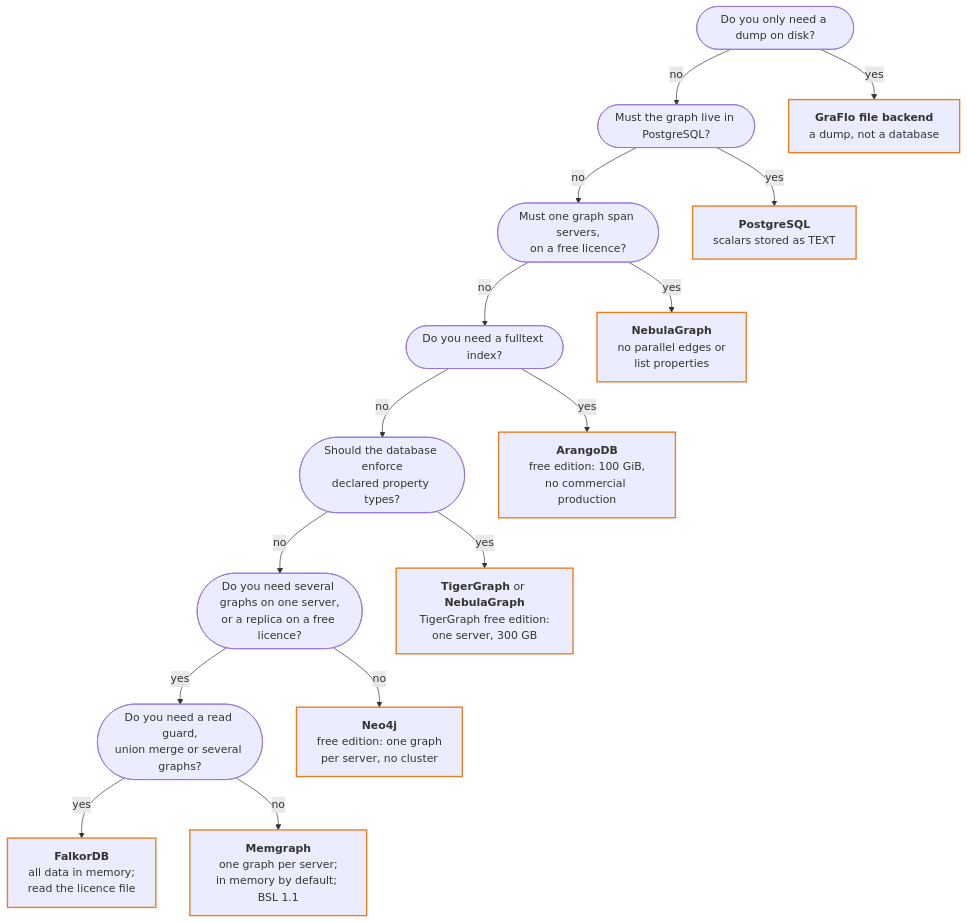
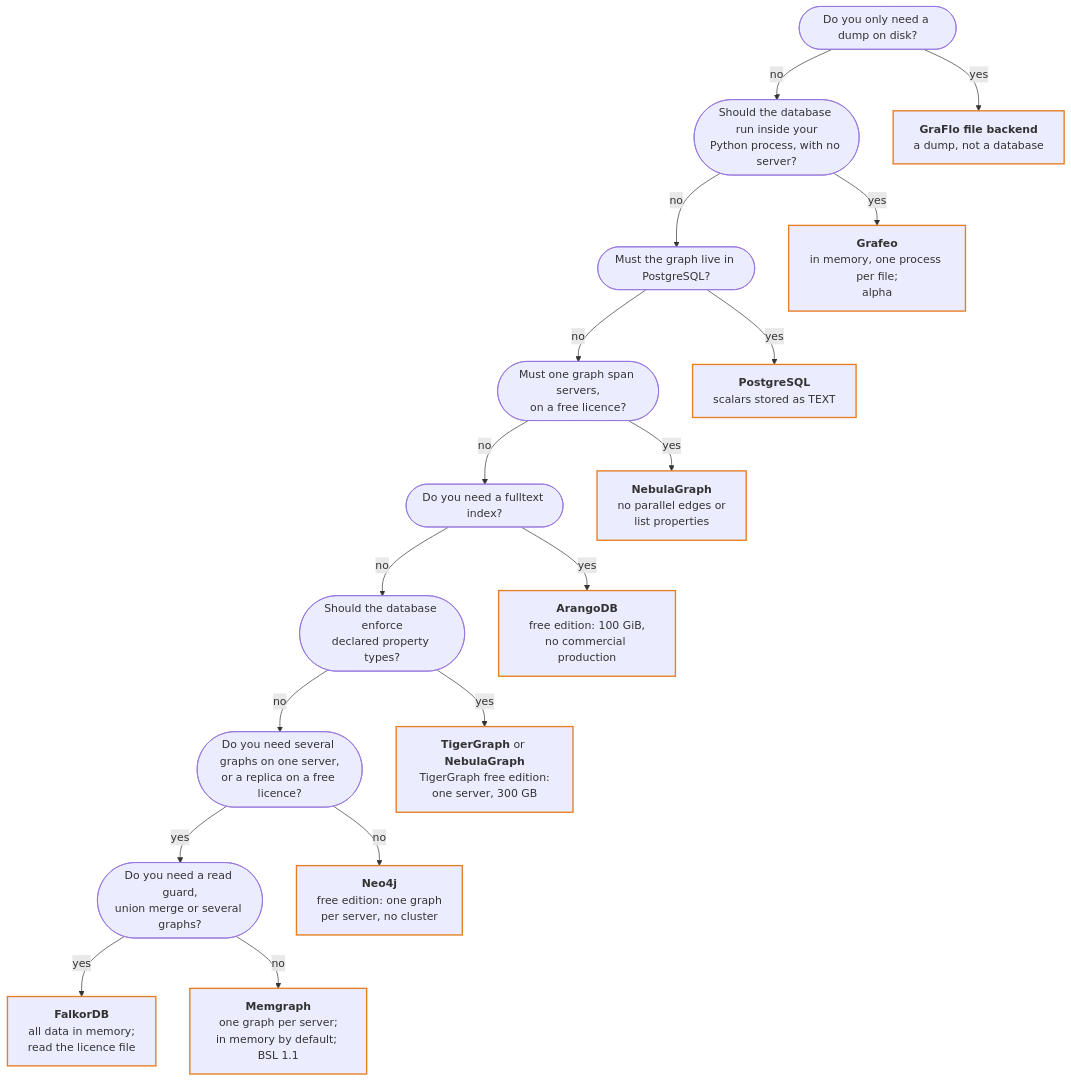
Before and after one commit to growgraph/graflo: the diagram in docs/concepts/backends.md, drawn with Mermaid. The commit also changed other lines of this file and 126 other files, not shown here.

````diff
--- a/docs/concepts/backends.md
+++ b/docs/concepts/backends.md
@@ -15,37 +15,41 @@
 ```mermaid
 flowchart TD
     DUMP(["Do you only need a dump on disk?"])
+    EMBEDDED(["Should the database run inside your<br/>Python process, with no server?"])
     POSTGRES(["Must the graph live in PostgreSQL?"])
     SPAN(["Must one graph span servers,<br/>on a free licence?"])
     FULLTEXT(["Do you need a fulltext index?"])
     TYPES(["Should the database enforce<br/>declared property types?"])
     FREE(["Do you need several graphs on one server,<br/>or a replica on a free licence?"])
     GUARD(["Do you need a read guard,<br/>union merge or several graphs?"])
 
     FILE_LEAF["<b>GraFlo file backend</b><br/>a dump, not a database"]
+    EMBEDDED_LEAF["<b>Grafeo</b><br/>in memory, one process per file;<br/>alpha"]
     POSTGRES_LEAF["<b>PostgreSQL</b><br/>scalars stored as TEXT"]
     SPAN_LEAF["<b>NebulaGraph</b><br/>no parallel edges or<br/>list properties"]
     FULLTEXT_LEAF["<b>ArangoDB</b><br/>free edition: 100 GiB,<br/>no commercial production"]
     TYPES_LEAF["<b>TigerGraph</b> or <b>NebulaGraph</b><br/>TigerGraph free edition:<br/>one server, 300 GB"]
     DEFAULT_LEAF["<b>Neo4j</b><br/>free edition: one graph<br/>per server, no cluster"]
     GUARD_LEAF["<b>FalkorDB</b><br/>all data in memory;<br/>read the licence file"]
     REPLICA_LEAF["<b>Memgraph</b><br/>one graph per server;<br/>in memory by default; BSL 1.1"]
 
     DUMP -- yes --> FILE_LEAF
-    DUMP -- no --> POSTGRES
+    DUMP -- no --> EMBEDDED
+    EMBEDDED -- yes --> EMBEDDED_LEAF
+    EMBEDDED -- no --> POSTGRES
     POSTGRES -- yes --> POSTGRES_LEAF
     POSTGRES -- no --> SPAN
     SPAN -- yes --> SPAN_LEAF
     SPAN -- no --> FULLTEXT
     FULLTEXT -- yes --> FULLTEXT_LEAF
     FULLTEXT -- no --> TYPES
     TYPES -- yes --> TYPES_LEAF
     TYPES -- no --> FREE
     FREE -- no --> DEFAULT_LEAF
     FREE -- yes --> GUARD
     GUARD -- yes --> GUARD_LEAF
     GUARD -- no --> REPLICA_LEAF
 
     classDef target stroke:#E67E22,stroke-width:2px
-    class FILE_LEAF,POSTGRES_LEAF,SPAN_LEAF,FULLTEXT_LEAF,TYPES_LEAF,DEFAULT_LEAF,GUARD_LEAF,REPLICA_LEAF target
+    class FILE_LEAF,EMBEDDED_LEAF,POSTGRES_LEAF,SPAN_LEAF,FULLTEXT_LEAF,TYPES_LEAF,DEFAULT_LEAF,GUARD_LEAF,REPLICA_LEAF target
 ```
````
